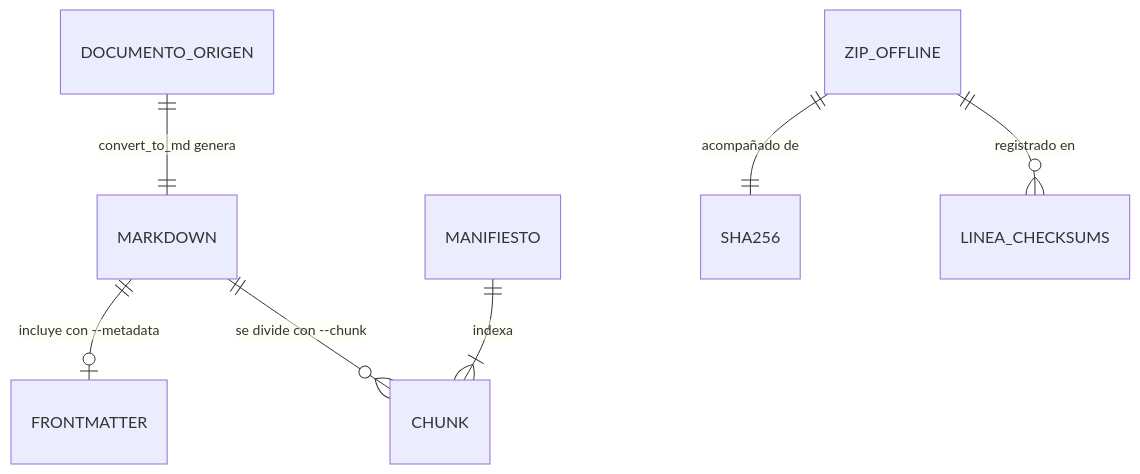
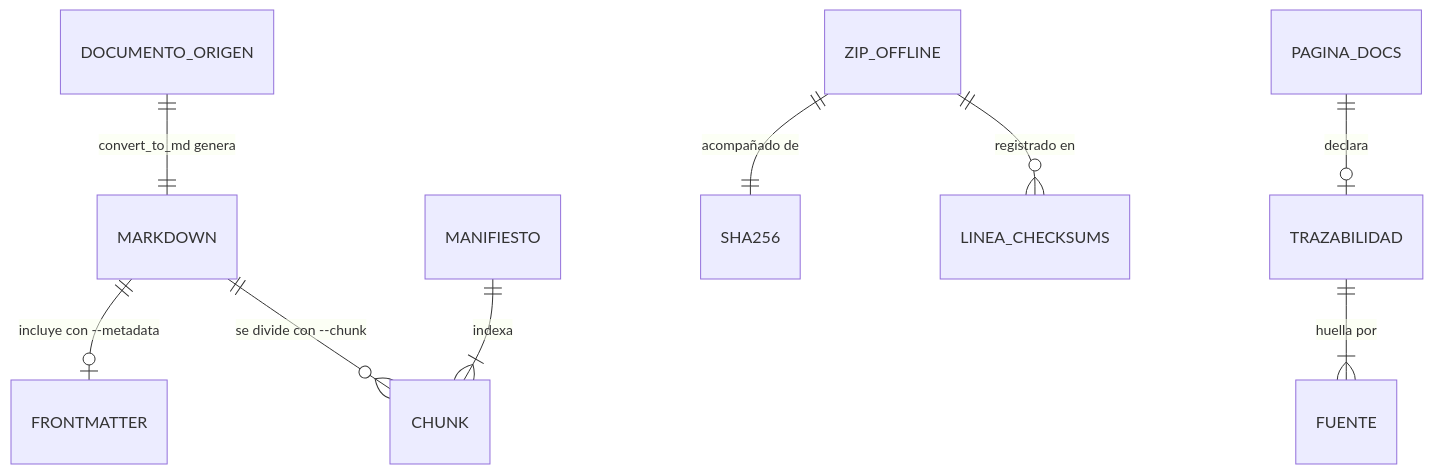
The diagram in docs/reference/index.md (fmanza/doc_ia), drawn with Mermaid before and after one commit. The commit also changed other lines of this file and 35 other files, not shown here.

````diff
--- a/docs/reference/index.md
+++ b/docs/reference/index.md
@@ -137,9 +183,11 @@
 ```mermaid
 erDiagram
     DOCUMENTO_ORIGEN ||--|| MARKDOWN : "convert_to_md genera"
     MARKDOWN ||--o| FRONTMATTER : "incluye con --metadata"
     MARKDOWN ||--o{ CHUNK : "se divide con --chunk"
     MANIFIESTO ||--|{ CHUNK : "indexa"
     ZIP_OFFLINE ||--|| SHA256 : "acompañado de"
     ZIP_OFFLINE ||--o{ LINEA_CHECKSUMS : "registrado en"
+    PAGINA_DOCS ||--o| TRAZABILIDAD : "declara"
+    TRAZABILIDAD ||--|{ FUENTE : "huella por"
 ```
````
